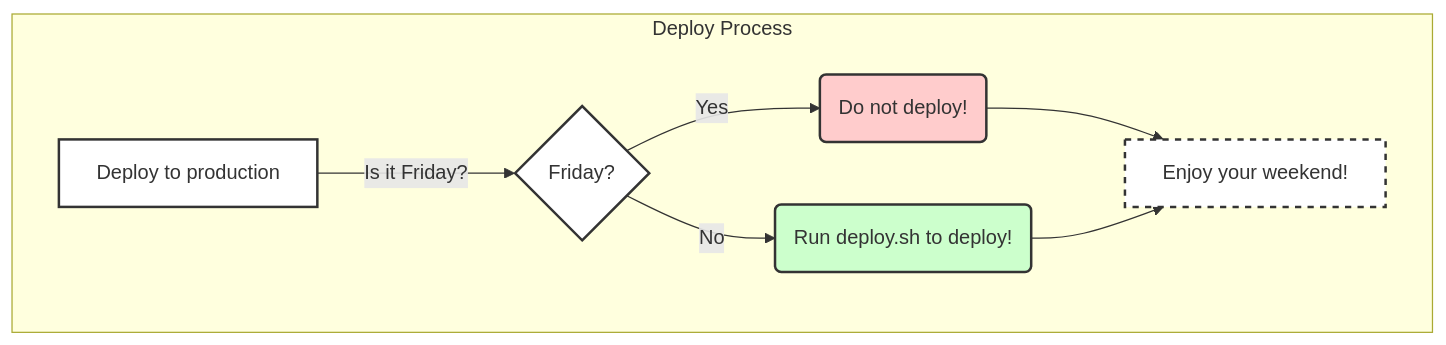
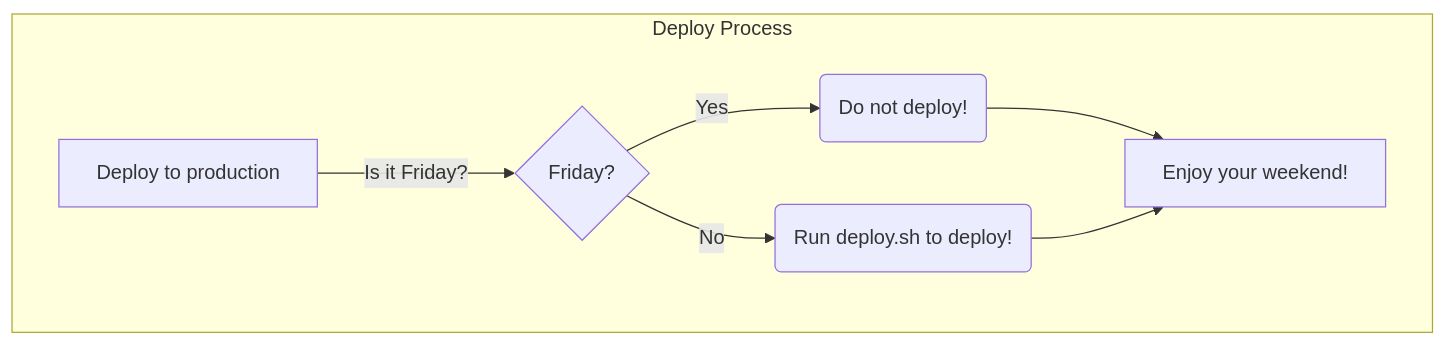
The second of 2 diagrams in README.md (3D4D5D/3D4D5D), drawn with Mermaid before and after one commit.

````diff
--- a/README.md
+++ b/README.md
@@ -25,17 +25,11 @@
 ```mermaid
 graph TD
   subgraph Deploy Process
     A[Deploy to production] -->|Is it Friday?| B{Friday?}
     B -- Yes --> C(Do not deploy!)
     B -- No --> D(Run deploy.sh to deploy!)
     C --> E[Enjoy your weekend!]
     D --> E
   end
 
-  style A fill:#ffffff,stroke:#333333,stroke-width:2px
-  style B fill:#ffffff,stroke:#333333,stroke-width:2px
-  style C fill:#ffcccc,stroke:#333333,stroke-width:2px
-  style D fill:#ccffcc,stroke:#333333,stroke-width:2px
-  style E fill:#ffffff,stroke:#333333,stroke-width:2px,stroke-dasharray: 5,5
-
 ```
````
